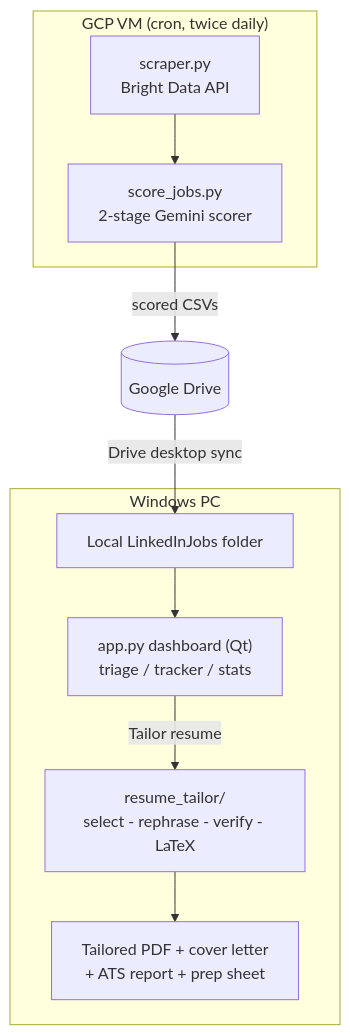
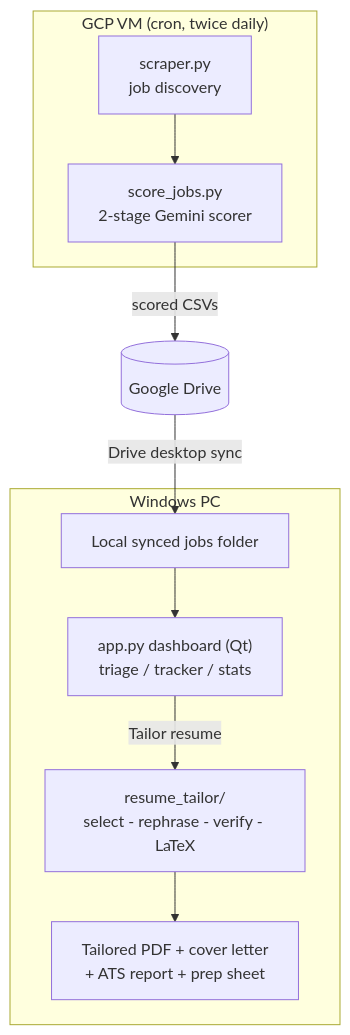
One commit to yib7/INployed changed the diagram in README.md. Above: the diagram before and after it, drawn with Mermaid. The commit also changed other lines of this file and 30 other files, not shown here.

````diff
--- a/README.md
+++ b/README.md
@@ -45,13 +45,13 @@
 ```mermaid
 flowchart TD
     subgraph Cloud["GCP VM (cron, twice daily)"]
-        A["scraper.py<br/>Bright Data API"] --> B["score_jobs.py<br/>2-stage Gemini scorer"]
+        A["scraper.py<br/>job discovery"] --> B["score_jobs.py<br/>2-stage Gemini scorer"]
     end
     B -->|scored CSVs| C[("Google Drive")]
-    C -->|Drive desktop sync| D["Local LinkedInJobs folder"]
+    C -->|Drive desktop sync| D["Local synced jobs folder"]
     subgraph Desktop["Windows PC"]
         D --> E["app.py dashboard (Qt)<br/>triage / tracker / stats"]
         E -->|Tailor resume| F["resume_tailor/<br/>select - rephrase - verify - LaTeX"]
         F --> G["Tailored PDF + cover letter<br/>+ ATS report + prep sheet"]
     end
 ```
````
